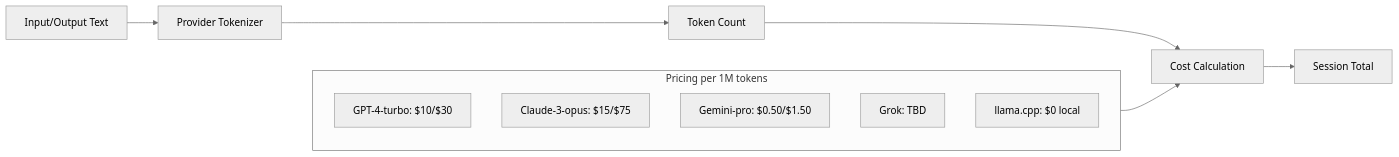
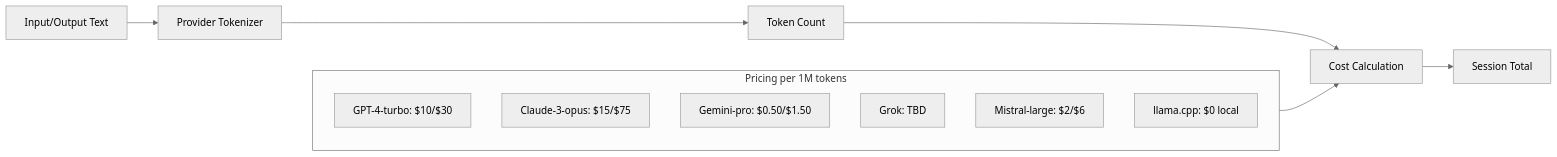
Diagram 13 of 14 in docs/PROVIDERS.md (rondilley/llm_compare), drawn with Mermaid (neutral theme) before and after one commit. The commit also changed other lines of this file and 2 other files, not shown here.

````diff
--- a/docs/PROVIDERS.md
+++ b/docs/PROVIDERS.md
@@ -540,17 +589,18 @@
 ```mermaid
 flowchart LR
     TEXT[Input/Output Text] --> TOKENIZE[Provider Tokenizer]
     TOKENIZE --> COUNT[Token Count]
     COUNT --> COST[Cost Calculation]
 
     subgraph Pricing["Pricing per 1M tokens"]
         P1[GPT-4-turbo: $10/$30]
         P2[Claude-3-opus: $15/$75]
         P3[Gemini-pro: $0.50/$1.50]
         P4[Grok: TBD]
-        P5[llama.cpp: $0 local]
+        P5[Mistral-large: $2/$6]
+        P6[llama.cpp: $0 local]
     end
 
     Pricing --> COST
     COST --> TOTAL[Session Total]
 ```
````
